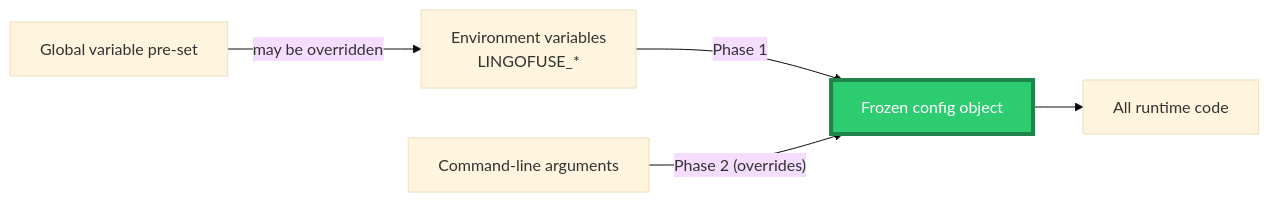
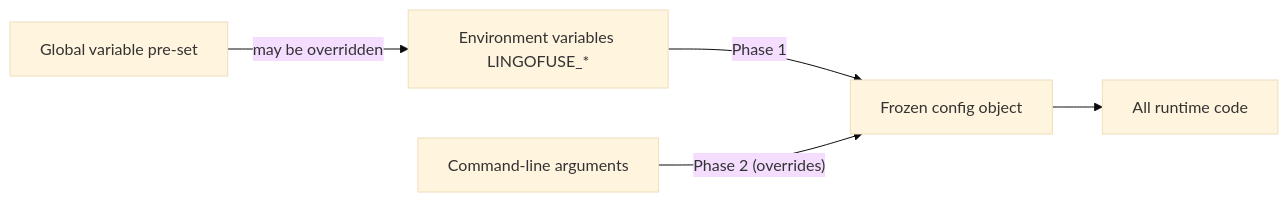
Before and after one commit to PassByYou888/LingoFuse: diagram 14 of 24 in Py/lingofuse/Bridge_User_Guide.md, drawn with Mermaid (base theme). The commit also changed other lines of this file and 78 other files, not shown here.

````diff
--- a/Py/lingofuse/Bridge_User_Guide.md
+++ b/Py/lingofuse/Bridge_User_Guide.md
@@ -824,9 +771,7 @@
 ```mermaid
 flowchart LR
     GlobalVar["Global variable pre-set"] -->|"may be overridden"| Env
-    Env["Environment variables<br/>LINGOFUSE_*"] -->|"Phase 1"| Cfg["Frozen config object"]
+    Env["Environment variables LINGOFUSE_*"] -->|"Phase 1"| Cfg["Frozen config object"]
     CLI["Command-line arguments"] -->|"Phase 2 (overrides)"| Cfg
     Cfg --> Runtime["All runtime code"]
-
-    style Cfg fill:#2ECC71,stroke:#1E8449,stroke-width:4px,color:#FFFFFF
 ```
````
